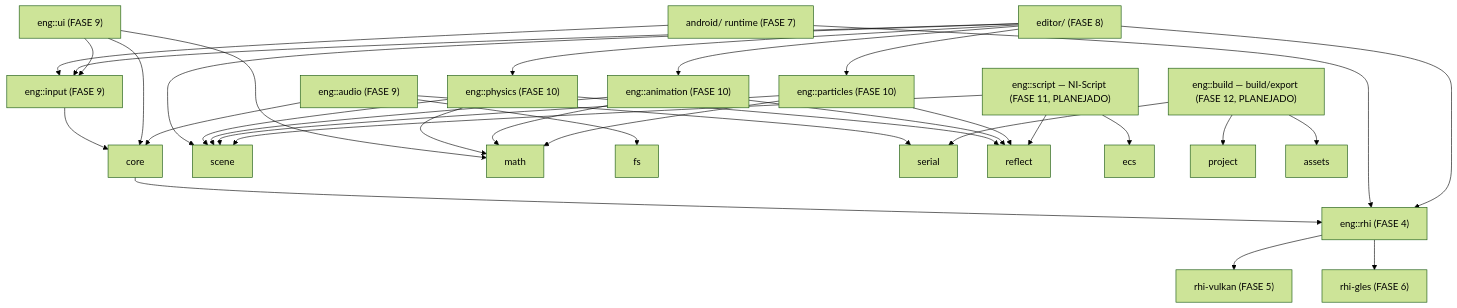
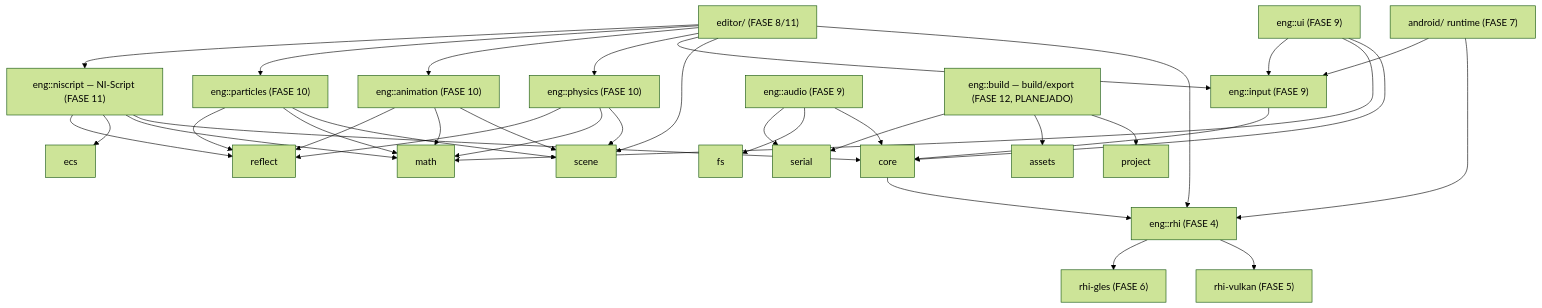
Before and after one commit to criandojogodenovo-sketch/g.oni: the second of 2 diagrams in docs/architecture/00-overview.md, drawn with Mermaid (forest theme). The commit also changed 43 other files, not shown here.

````diff
--- a/docs/architecture/00-overview.md
+++ b/docs/architecture/00-overview.md
@@ -109,16 +109,16 @@
 ```mermaid
 graph TD
     core --> rhi["eng::rhi (FASE 4)"]
     rhi --> rhi_vulkan["rhi-vulkan (FASE 5)"]
     rhi --> rhi_gl["rhi-gles (FASE 6)"]
     android["android/ runtime (FASE 7)"] --> rhi & input
-    editor["editor/ (FASE 8)"] --> rhi & scene & input & physics & animation & particles
+    editor["editor/ (FASE 8/11)"] --> rhi & scene & input & physics & animation & particles & niscript
     input["eng::input (FASE 9)"] --> core
     ui["eng::ui (FASE 9)"] --> core & math & input
     audio["eng::audio (FASE 9)"] --> core & fs & serial
     physics["eng::physics (FASE 10)"] --> scene & math & reflect
     animation["eng::animation (FASE 10)"] --> scene & math & reflect
     particles["eng::particles (FASE 10)"] --> scene & math & reflect
-    script["eng::script — NI-Script (FASE 11, PLANEJADO)"] --> reflect & scene & ecs
+    niscript["eng::niscript — NI-Script (FASE 11)"] --> core & math & ecs & reflect
     build["eng::build — build/export (FASE 12, PLANEJADO)"] --> project & assets & serial
 ```
````
